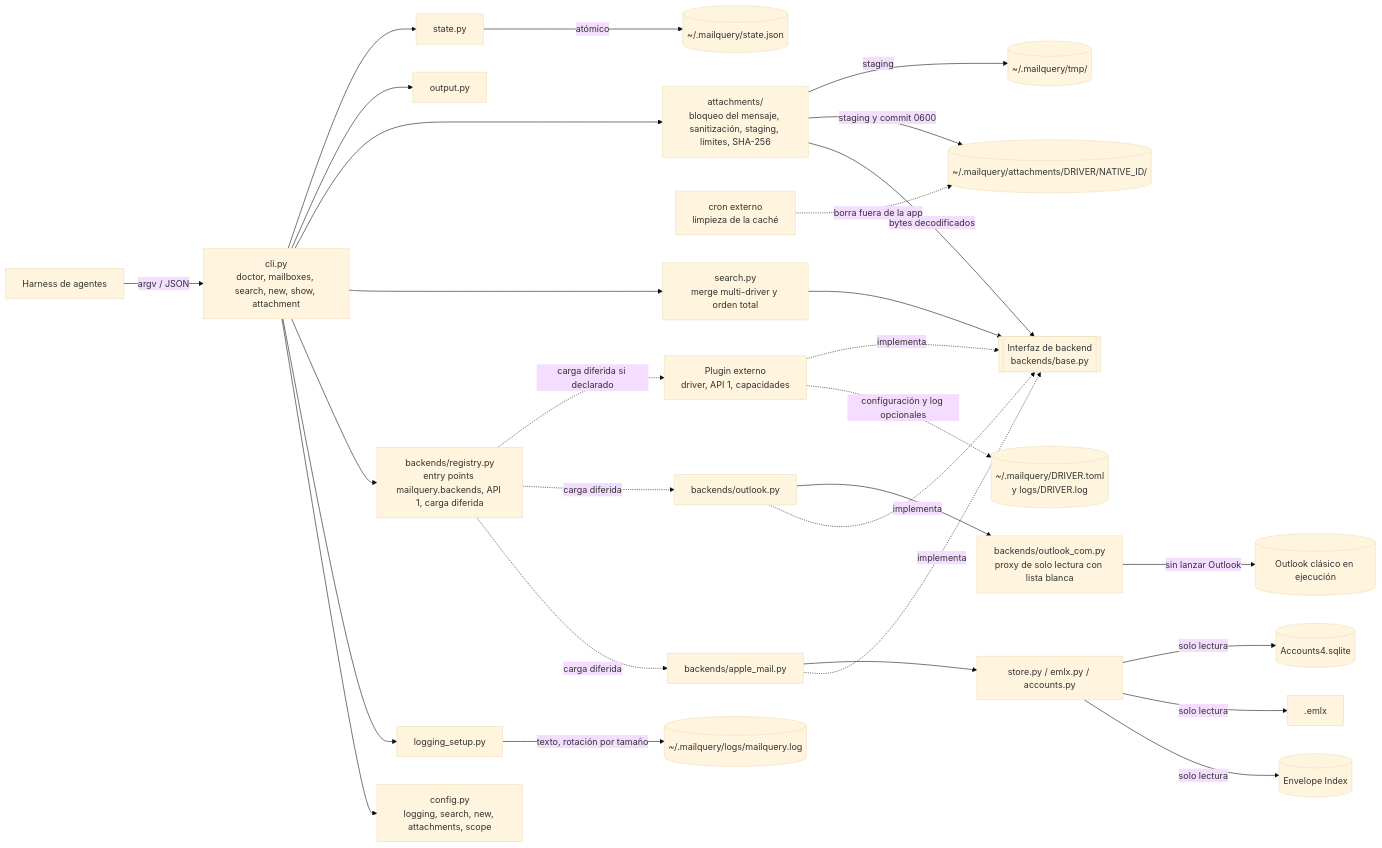
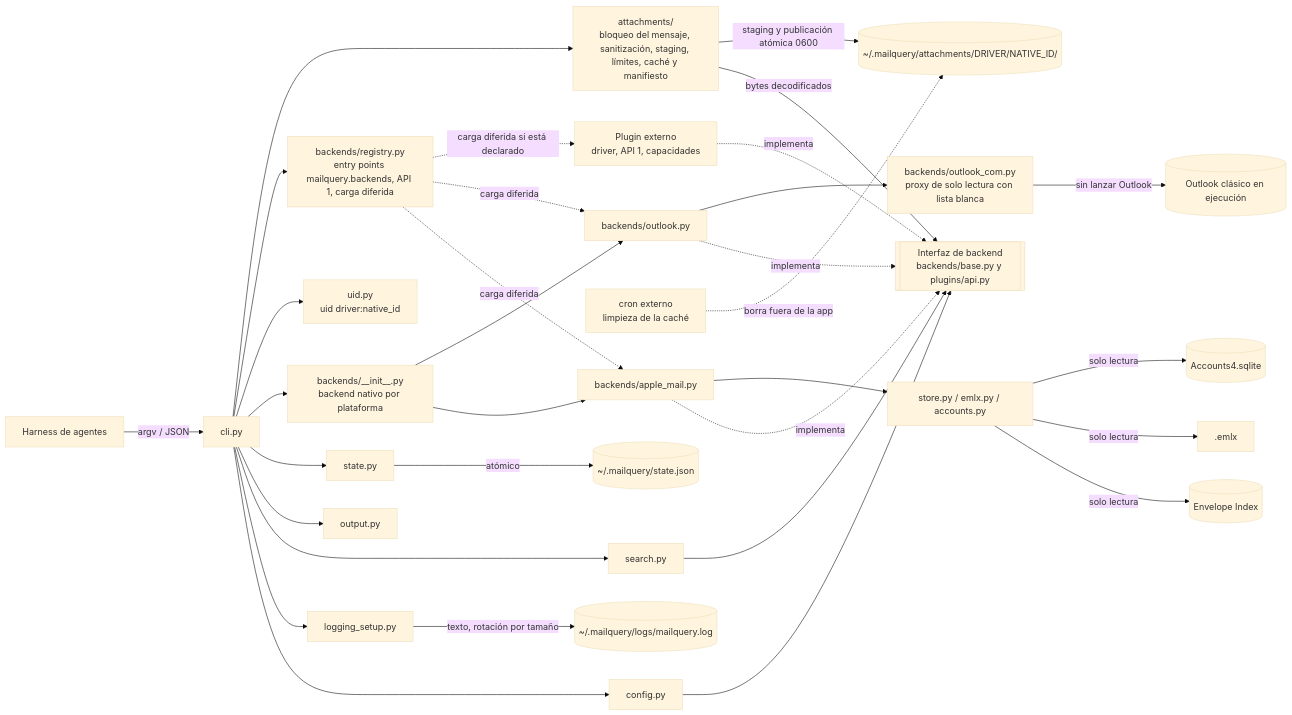
Before and after one commit to dayler/mailquery: the first of 2 diagrams in docs/PRD.md, drawn with Mermaid (base theme). The commit also changed other lines of this file and 59 other files, not shown here.

````diff
--- a/docs/PRD.md
+++ b/docs/PRD.md
@@ -317,31 +341,34 @@
 ```mermaid
 flowchart LR
-    H[Harness de agentes] -->|argv / JSON| CLI[cli.py<br/>doctor, mailboxes, search, new, show, attachment]
-    CLI --> CFG[config.py<br/>logging, search, new, attachments, scope]
+    H[Harness de agentes] -->|argv / JSON| CLI[cli.py]
+    CLI --> CFG[config.py]
     CLI --> LOG[logging_setup.py]
-    CLI --> REG[backends/registry.py<br/>entry points mailquery.backends, API 1, carga diferida]
-    CLI --> SR[search.py<br/>merge multi-driver y orden total]
-    CLI --> ATT[attachments/<br/>bloqueo del mensaje, sanitización, staging, límites, SHA-256]
+    CLI --> SR[search.py]
     CLI --> OUT[output.py]
     CLI --> STT[state.py]
-    SR --> IF[[Interfaz de backend<br/>backends/base.py]]
+    CLI --> SEL[backends/__init__.py<br/>backend nativo por plataforma]
+    CLI --> UID[uid.py<br/>uid driver:native_id]
+    CLI --> REG[backends/registry.py<br/>entry points mailquery.backends, API 1, carga diferida]
+    CLI --> ATT[attachments/<br/>bloqueo del mensaje, sanitización, staging, límites, caché y manifiesto]
+    SR --> IF[[Interfaz de backend<br/>backends/base.py y plugins/api.py]]
+    CFG --> IF
     ATT -->|bytes decodificados| IF
-    ATT -->|staging y commit 0600| CACHE[(~/.mailquery/attachments/DRIVER/NATIVE_ID/)]
-    ATT -->|staging| TMP[(~/.mailquery/tmp/)]
+    ATT -->|staging y publicación atómica 0600| CACHE[(~/.mailquery/attachments/DRIVER/NATIVE_ID/)]
     CRON[cron externo<br/>limpieza de la caché] -.->|borra fuera de la app| CACHE
-    REG -.->|carga diferida| AM[backends/apple_mail.py]
-    REG -.->|carga diferida| OL[backends/outlook.py]
-    REG -.->|carga diferida si declarado| PLG[Plugin externo<br/>driver, API 1, capacidades]
-    PLG -.->|configuración y log opcionales| PLGCFG[(~/.mailquery/DRIVER.toml<br/>y logs/DRIVER.log)]
+    SEL --> AM[backends/apple_mail.py]
+    SEL --> OL[backends/outlook.py]
+    REG -.->|carga diferida| AM
+    REG -.->|carga diferida| OL
+    REG -.->|carga diferida si está declarado| PLG[Plugin externo<br/>driver, API 1, capacidades]
     AM -.implementa.-> IF
     OL -.implementa.-> IF
     PLG -.implementa.-> IF
     AM --> ST[store.py / emlx.py / accounts.py]
     ST -->|solo lectura| EI[(Envelope Index)]
     ST -->|solo lectura| EM[.emlx]
     ST -->|solo lectura| ADS[(Accounts4.sqlite)]
     OL --> COM[backends/outlook_com.py<br/>proxy de solo lectura con lista blanca]
     COM -->|sin lanzar Outlook| OUTLOOK[(Outlook clásico en ejecución)]
     STT -->|atómico| STATE[(~/.mailquery/state.json)]
     LOG -->|texto, rotación por tamaño| LOGF[(~/.mailquery/logs/mailquery.log)]
 ```
````
